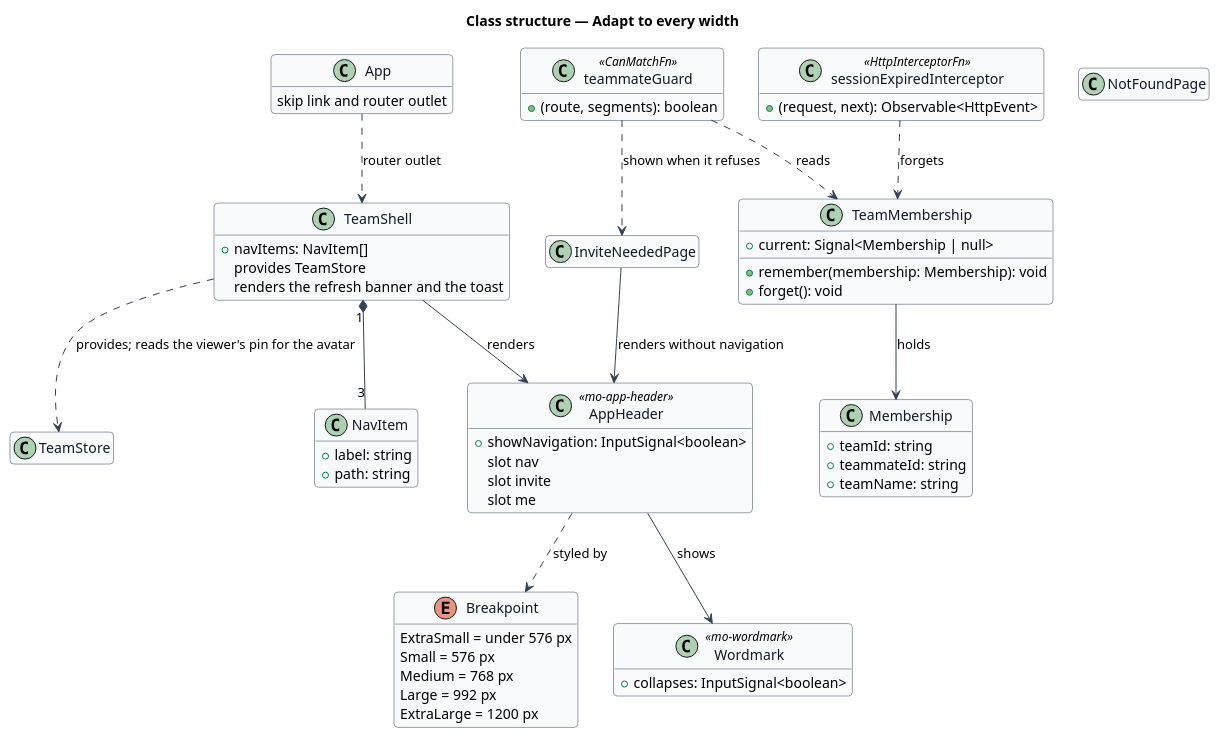
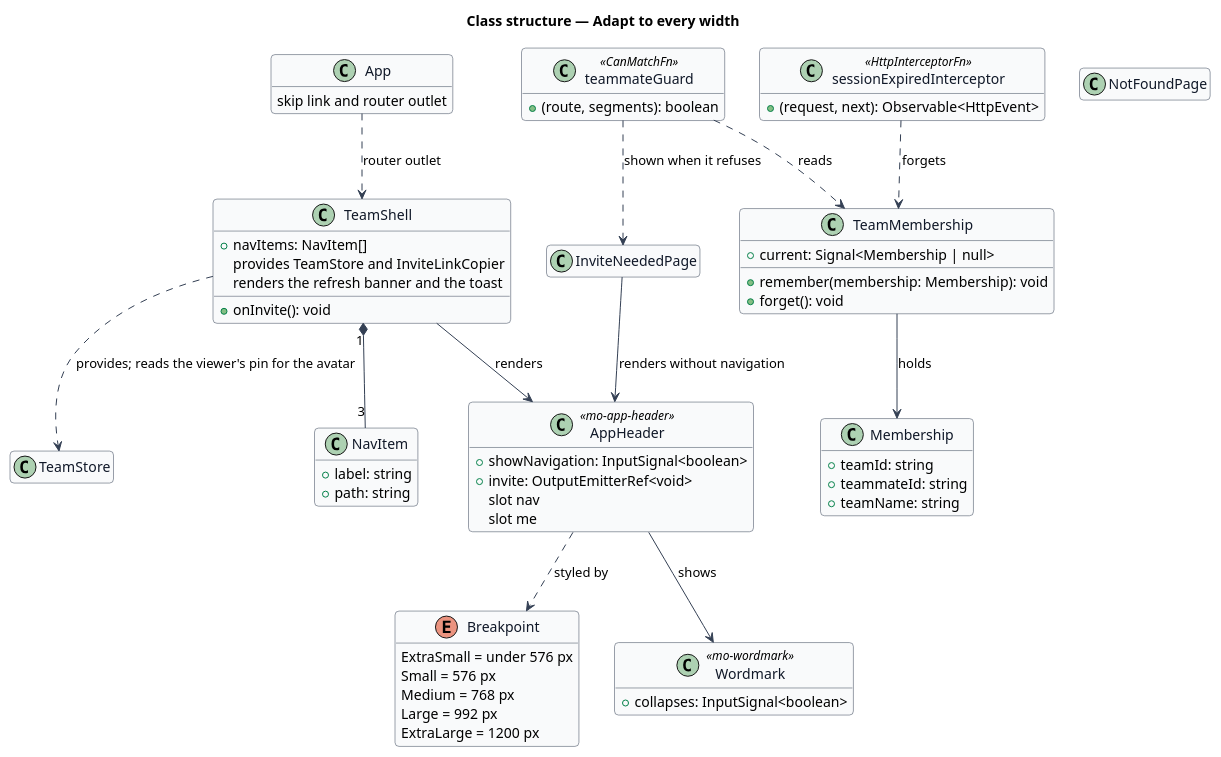
Before and after one commit to QuinntyneBrown/Mondino: the diagram in docs/detailed-designs/platform/adapt-to-every-width/diagrams/class-structure.puml, drawn with PlantUML. The commit also changed 23 other files, not shown here.

```diff
--- a/docs/detailed-designs/platform/adapt-to-every-width/diagrams/class-structure.puml
+++ b/docs/detailed-designs/platform/adapt-to-every-width/diagrams/class-structure.puml
@@ -1,89 +1,90 @@
 @startuml
 skinparam backgroundColor #FFFFFF
 skinparam shadowing false
 skinparam roundcorner 8
 skinparam defaultFontName Arial
 skinparam ArrowColor #344054
 skinparam class {
   BorderColor #344054
   FontColor #101828
   BackgroundColor #F9FAFB
 }
 hide empty members
 title Class structure — Adapt to every width
 
 enum Breakpoint {
   ExtraSmall = under 576 px
   Small = 576 px
   Medium = 768 px
   Large = 992 px
   ExtraLarge = 1200 px
 }
 
 class App {
   skip link and router outlet
 }
 
 class TeamShell {
   +navItems: NavItem[]
-  provides TeamStore
+  provides TeamStore and InviteLinkCopier
   renders the refresh banner and the toast
+  +onInvite(): void
 }
 
 class NavItem {
   +label: string
   +path: string
 }
 
 class AppHeader <<mo-app-header>> {
   +showNavigation: InputSignal<boolean>
+  +invite: OutputEmitterRef<void>
   slot nav
-  slot invite
   slot me
 }
 
 class Wordmark <<mo-wordmark>> {
   +collapses: InputSignal<boolean>
 }
 
 class TeamMembership {
   +current: Signal<Membership | null>
   +remember(membership: Membership): void
   +forget(): void
 }
 
 class Membership {
   +teamId: string
   +teammateId: string
   +teamName: string
 }
 
 class teammateGuard <<CanMatchFn>> {
   +(route, segments): boolean
 }
 
 class sessionExpiredInterceptor <<HttpInterceptorFn>> {
   +(request, next): Observable<HttpEvent>
 }
 
 class InviteNeededPage {
 }
 
 class NotFoundPage {
 }
 
 class TeamStore {
 }
 
 App ..> TeamShell : router outlet
 TeamShell --> AppHeader : renders
 TeamShell "1" *-- "3" NavItem
 TeamShell ..> TeamStore : provides; reads the viewer's pin for the avatar
 InviteNeededPage --> AppHeader : renders without navigation
 AppHeader --> Wordmark : shows
 AppHeader ..> Breakpoint : styled by
 teammateGuard ..> TeamMembership : reads
 teammateGuard ..> InviteNeededPage : shown when it refuses
 sessionExpiredInterceptor ..> TeamMembership : forgets
 TeamMembership --> Membership : holds
 @enduml
```
